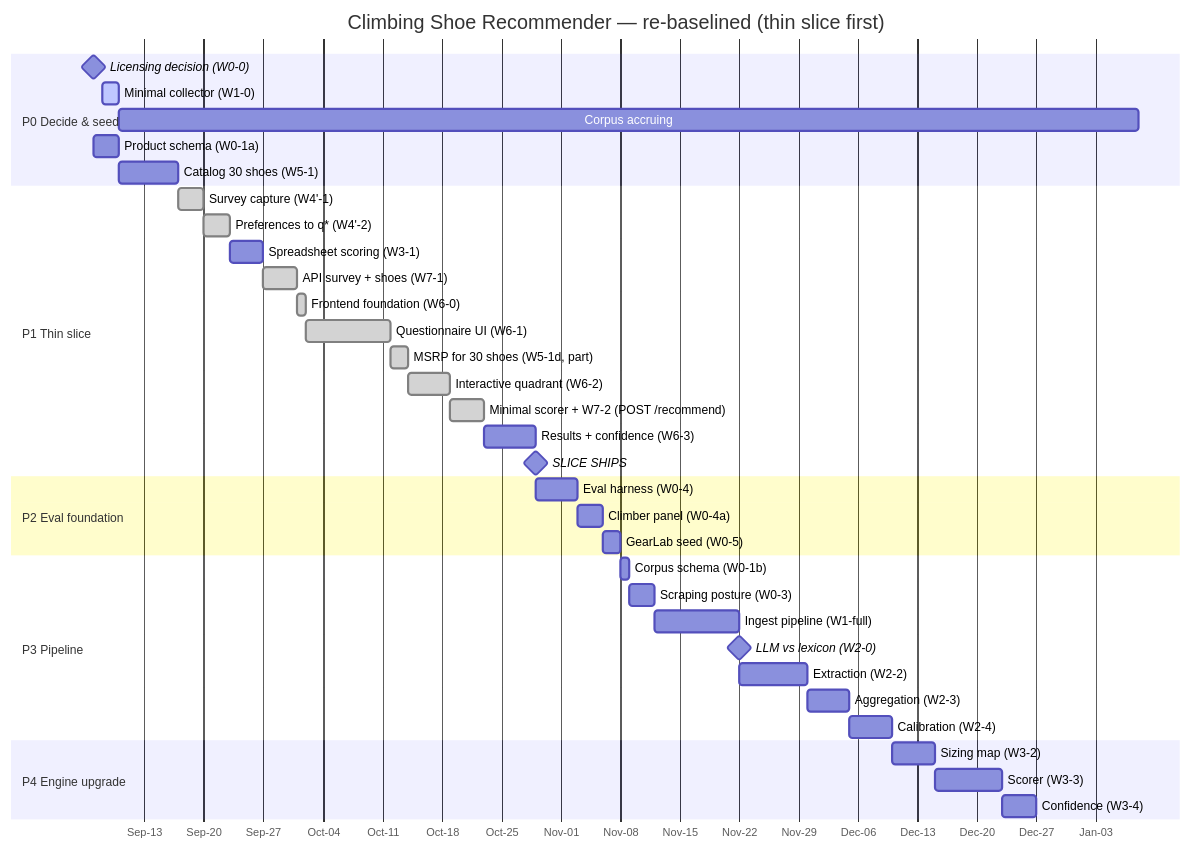
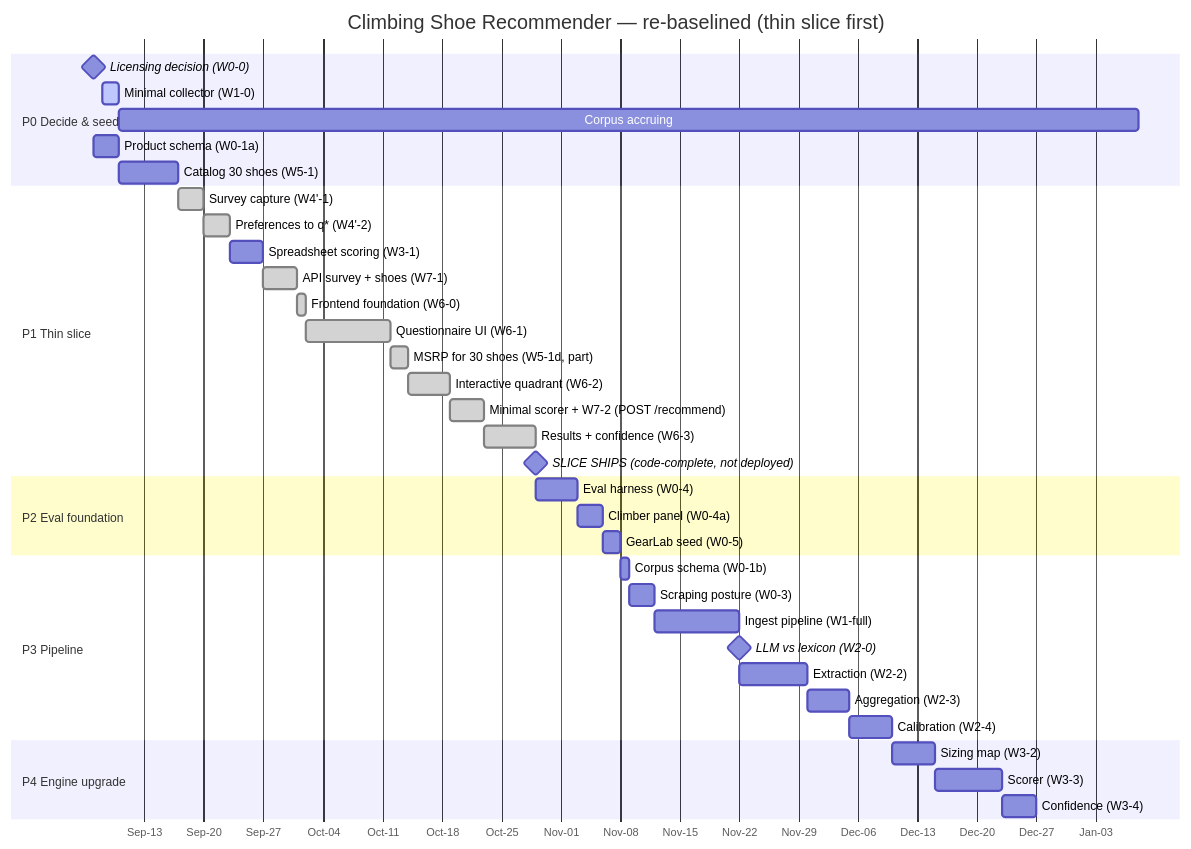
The second of 2 diagrams in timeline.md (barlu3/CruxUp), drawn with Mermaid before and after one commit. The commit also changed other lines of this file and 2 other files, not shown here.

````diff
--- a/timeline.md
+++ b/timeline.md
@@ -647,45 +648,45 @@
 ```mermaid
 gantt
   title Climbing Shoe Recommender — re-baselined (thin slice first)
   dateFormat YYYY-MM-DD
   axisFormat %b-%d
 
   section P0 Decide & seed
   Licensing decision (W0-0)        :milestone, m0, 2026-09-07, 0d
   Minimal collector (W1-0)         :active, c0, 2026-09-08, 2d
   Corpus accruing                  :c1, after c0, 120d
   Product schema (W0-1a)           :p0a, 2026-09-07, 3d
   Catalog 30 shoes (W5-1)          :p0b, after p0a, 7d
 
   section P1 Thin slice
   Survey capture (W4'-1)           :done, p1a0, 2026-09-17, 3d
   Preferences to q* (W4'-2)        :done, p1a, after p1a0, 3d
   Spreadsheet scoring (W3-1)       :p1b, after p1a, 4d
   API survey + shoes (W7-1)        :done, p1b2, after p1b, 4d
   Frontend foundation (W6-0)       :done, p1b3, 2026-10-01, 1d
   Questionnaire UI (W6-1)          :done, p1c, after p1b2 p1b3, 10d
   MSRP for 30 shoes (W5-1d, part)  :done, p1m, after p1c, 2d
   Interactive quadrant (W6-2)      :done, p1d, after p1m, 5d
   Minimal scorer + W7-2 (POST /recommend) :done, p1s, after p1d, 4d
-  Results + confidence (W6-3)      :p1e, after p1s, 6d
-  SLICE SHIPS                      :milestone, m1, after p1e, 0d
+  Results + confidence (W6-3)      :done, p1e, after p1s, 6d
+  SLICE SHIPS (code-complete, not deployed) :milestone, m1, after p1e, 0d
 
   section P2 Eval foundation
   Eval harness (W0-4)              :p2a, after p1e, 5d
   Climber panel (W0-4a)            :p2b, after p2a, 3d
   GearLab seed (W0-5)              :p2c, after p2b, 2d
 
   section P3 Pipeline
   Corpus schema (W0-1b)            :p3a, after p2c, 1d
   Scraping posture (W0-3)          :p3b, after p3a, 3d
   Ingest pipeline (W1-full)        :p3c, after p3b, 10d
   LLM vs lexicon (W2-0)            :milestone, m2, after p3c, 0d
   Extraction (W2-2)                :p3d, after p3c, 8d
   Aggregation (W2-3)               :p3e, after p3d, 5d
   Calibration (W2-4)               :p3f, after p3e, 5d
 
   section P4 Engine upgrade
   Sizing map (W3-2)                :p4a, after p3f, 5d
   Scorer (W3-3)                    :p4b, after p4a, 8d
   Confidence (W3-4)                :p4c, after p4b, 4d
 ```
````
